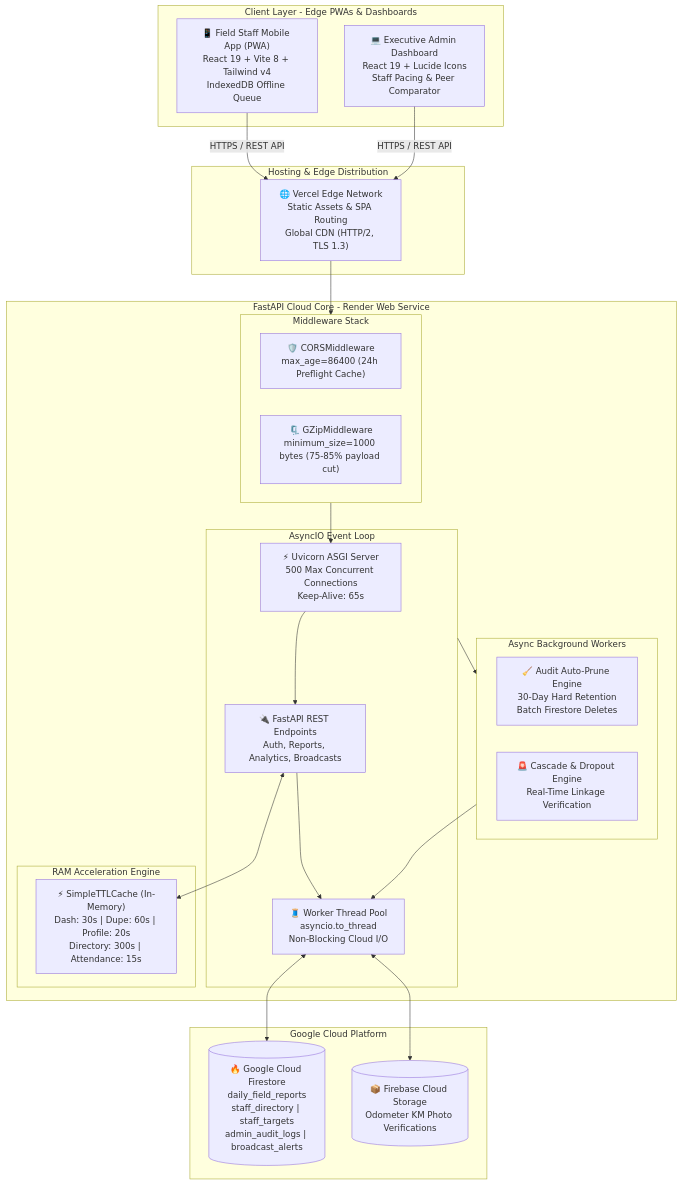
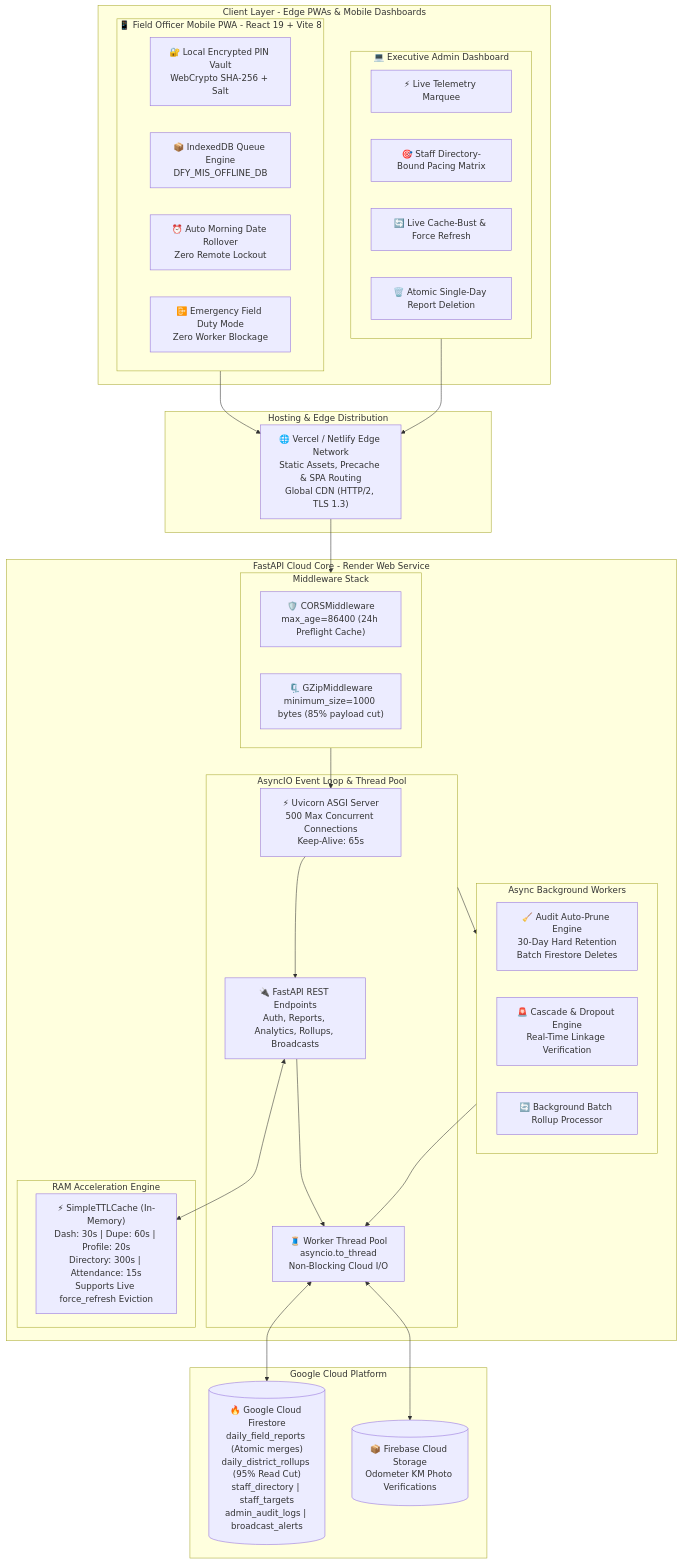
Before and after one commit to evilsaurav/dfy-mis-app: the first of 3 diagrams in ARCHITECTURE.md, drawn with Mermaid. The commit also changed other lines of this file and 2 other files, not shown here.

Commit message:
docs: update ARCHITECTURE.md, DESIGN.md, and README.md with offline PIN, morning rollover, force-refresh, rollups, and day deletion

````diff
--- a/ARCHITECTURE.md
+++ b/ARCHITECTURE.md
@@ -25,51 +26,62 @@
 ```mermaid
 flowchart TD
-    subgraph Client_Layer [Client Layer - Edge PWAs & Dashboards]
-        FO_App["📱 Field Staff Mobile App (PWA)<br/>React 19 + Vite 8 + Tailwind v4<br/>IndexedDB Offline Queue"]
-        Admin_Portal["💻 Executive Admin Dashboard<br/>React 19 + Lucide Icons<br/>Staff Pacing & Peer Comparator"]
+    subgraph Client_Layer [Client Layer - Edge PWAs & Mobile Dashboards]
+        subgraph FO_App [📱 Field Officer Mobile PWA - React 19 + Vite 8]
+            PIN_Vault["🔐 Local Encrypted PIN Vault<br/>WebCrypto SHA-256 + Salt"]
+            Offline_Queue["📦 IndexedDB Queue Engine<br/>DFY_MIS_OFFLINE_DB"]
+            Rollover["⏰ Auto Morning Date Rollover<br/>Zero Remote Lockout"]
+            Duty_Mode["📴 Emergency Field Duty Mode<br/>Zero Worker Blockage"]
+        end
+        subgraph Admin_Portal [💻 Executive Admin Dashboard]
+            Live_Marquee["⚡ Live Telemetry Marquee"]
+            Pacing_Engine["🎯 Staff Directory-Bound Pacing Matrix"]
+            Force_Refresh["🔄 Live Cache-Bust & Force Refresh"]
+            Delete_Day["🗑️ Atomic Single-Day Report Deletion"]
+        end
     end
 
     subgraph CDN_Gateway [Hosting & Edge Distribution]
-        Vercel_Edge["🌐 Vercel Edge Network<br/>Static Assets & SPA Routing<br/>Global CDN (HTTP/2, TLS 1.3)"]
+        Edge_Network["🌐 Vercel / Netlify Edge Network<br/>Static Assets, Precache & SPA Routing<br/>Global CDN (HTTP/2, TLS 1.3)"]
     end
 
     subgraph Backend_Layer [FastAPI Cloud Core - Render Web Service]
         subgraph Middleware_Pipeline [Middleware Stack]
             CORS["🛡️ CORSMiddleware<br/>max_age=86400 (24h Preflight Cache)"]
-            GZIP["🗜️ GZipMiddleware<br/>minimum_size=1000 bytes (75-85% payload cut)"]
+            GZIP["🗜️ GZipMiddleware<br/>minimum_size=1000 bytes (85% payload cut)"]
         end
 
-        subgraph Core_Runtime [AsyncIO Event Loop]
+        subgraph Core_Runtime [AsyncIO Event Loop & Thread Pool]
             Uvicorn["⚡ Uvicorn ASGI Server<br/>500 Max Concurrent Connections<br/>Keep-Alive: 65s"]
-            Endpoints["🔌 FastAPI REST Endpoints<br/>Auth, Reports, Analytics, Broadcasts"]
+            Endpoints["🔌 FastAPI REST Endpoints<br/>Auth, Reports, Analytics, Rollups, Broadcasts"]
             Thread_Pool["🧵 Worker Thread Pool<br/>asyncio.to_thread<br/>Non-Blocking Cloud I/O"]
         end
 
         subgraph Memory_Layer [RAM Acceleration Engine]
-            Cache["⚡ SimpleTTLCache (In-Memory)<br/>Dash: 30s | Dupe: 60s | Profile: 20s<br/>Directory: 300s | Attendance: 15s"]
+            Cache["⚡ SimpleTTLCache (In-Memory)<br/>Dash: 30s | Dupe: 60s | Profile: 20s<br/>Directory: 300s | Attendance: 15s<br/>Supports Live force_refresh Eviction"]
         end
 
         subgraph Background_Workers [Async Background Workers]
             Prune_Worker["🧹 Audit Auto-Prune Engine<br/>30-Day Hard Retention<br/>Batch Firestore Deletes"]
             Alert_Engine["🚨 Cascade & Dropout Engine<br/>Real-Time Linkage Verification"]
+            Sync_Engine["🔄 Background Batch Rollup Processor"]
         end
     end
 
     subgraph Cloud_Storage_Layer [Google Cloud Platform]
-        Firestore[("🔥 Google Cloud Firestore<br/>daily_field_reports<br/>staff_directory | staff_targets<br/>admin_audit_logs | broadcast_alerts")]
+        Firestore[("🔥 Google Cloud Firestore<br/>daily_field_reports (Atomic merges)<br/>daily_district_rollups (95% Read Cut)<br/>staff_directory | staff_targets<br/>admin_audit_logs | broadcast_alerts")]
         Storage[("📦 Firebase Cloud Storage<br/>Odometer KM Photo Verifications")]
     end
 
     %% Connections
-    FO_App -->|HTTPS / REST API| Vercel_Edge
-    Admin_Portal -->|HTTPS / REST API| Vercel_Edge
-    Vercel_Edge --> Middleware_Pipeline
+    FO_App --> Edge_Network
+    Admin_Portal --> Edge_Network
+    Edge_Network --> Middleware_Pipeline
     Middleware_Pipeline --> Uvicorn
     Uvicorn --> Endpoints
     Endpoints <--> Cache
     Endpoints --> Thread_Pool
     Thread_Pool <--> Firestore
     Thread_Pool <--> Storage
     Core_Runtime --> Background_Workers
     Background_Workers --> Thread_Pool
 ```
````
